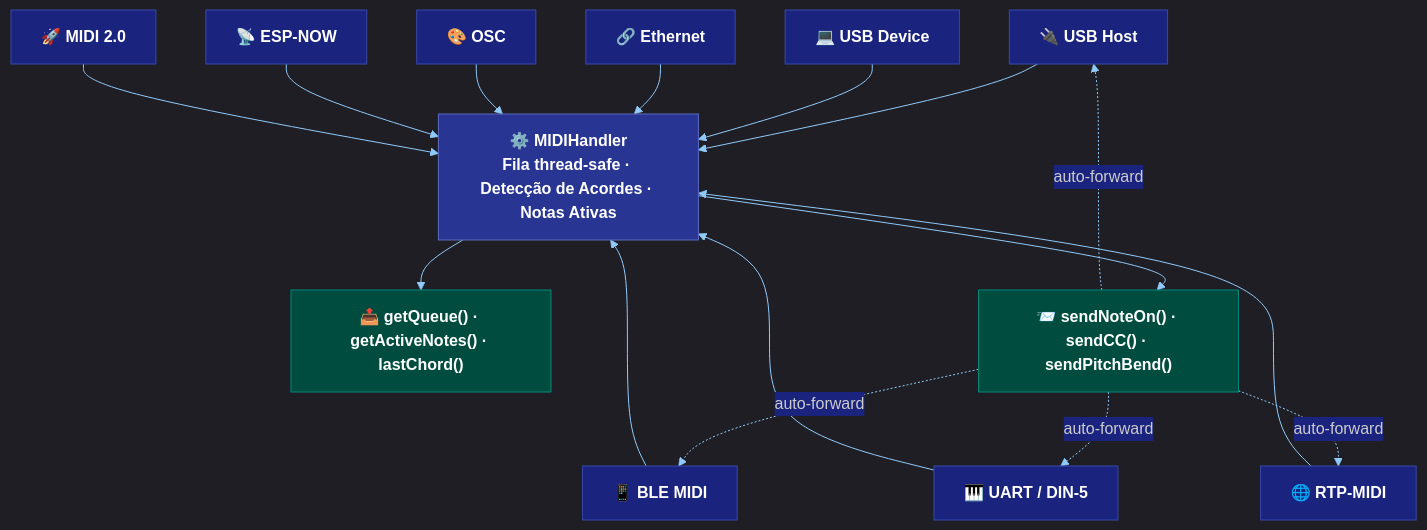
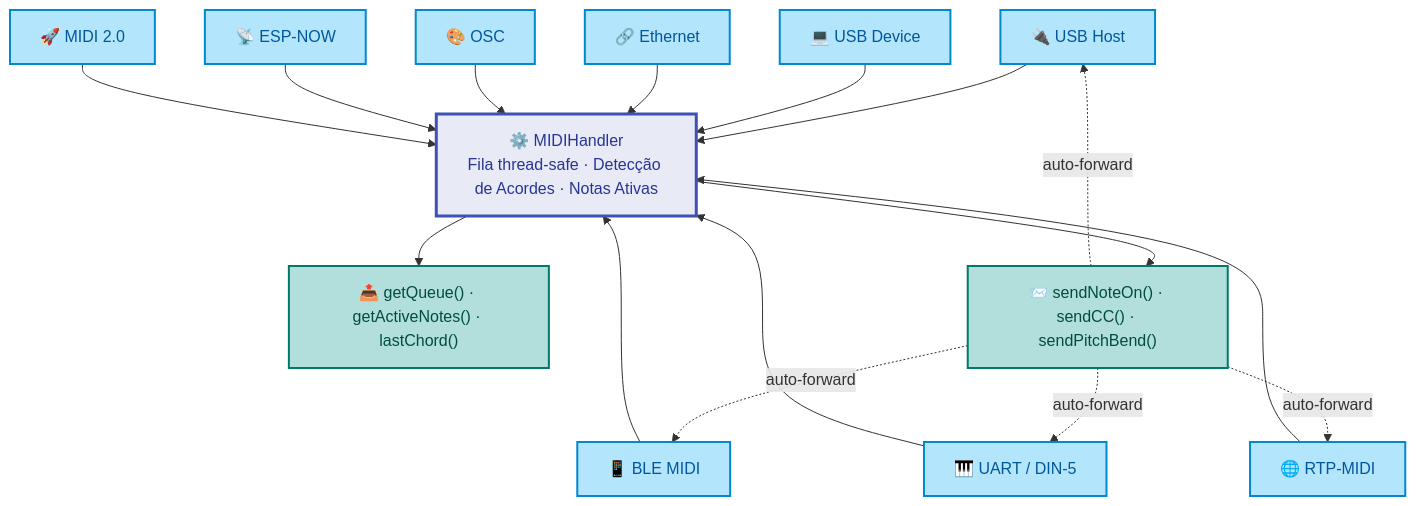
One commit to sauloverissimo/ESP32_Host_MIDI changed the diagram in docs/index.md. Above: the diagram before and after it, drawn with Mermaid. The commit also changed 2 other files, not shown here.

Commit message:
Fix Mermaid diagrams: light fills + dark text (same pattern as Gingo docs)
Dark fills with white text fail in MkDocs Material light mode.
Use light pastel fills (#B3E5FC blue, #E8EAF6 indigo, #B2DFDB teal,
#C8E6C9 green) with dark text (#01579B, #283593, #004D40, #1B5E20) —
readable in both light and dark page themes without CSS hacks.
Remove forced dark background from extra.css.

````diff
--- a/docs/index.md
+++ b/docs/index.md
@@ -11,30 +11,29 @@
 ```mermaid
-%%{init: {'theme': 'dark', 'themeVariables': {'primaryColor': '#1A237E', 'primaryTextColor': '#ffffff', 'primaryBorderColor': '#3949AB', 'lineColor': '#90CAF9', 'secondaryColor': '#3F51B5', 'tertiaryColor': '#006064', 'edgeLabelBackground': '#1A237E'}}}%%
 flowchart TD
-    classDef transport fill:#1A237E,color:#fff,stroke:#3949AB,font-weight:bold
-    classDef handler  fill:#283593,color:#fff,stroke:#5C6BC0,font-weight:bold
-    classDef output   fill:#004D40,color:#fff,stroke:#00897B,font-weight:bold
+    classDef transport fill:#B3E5FC,color:#01579B,stroke:#0288D1,stroke-width:2px
+    classDef handler   fill:#E8EAF6,color:#283593,stroke:#3F51B5,stroke-width:3px
+    classDef output    fill:#B2DFDB,color:#004D40,stroke:#00796B,stroke-width:2px
 
     USB["🔌 USB Host"]:::transport
     BLE["📱 BLE MIDI"]:::transport
     DEV["💻 USB Device"]:::transport
     UART["🎹 UART / DIN-5"]:::transport
     RTP["🌐 RTP-MIDI"]:::transport
     ETH["🔗 Ethernet"]:::transport
     OSC["🎨 OSC"]:::transport
     NOW["📡 ESP-NOW"]:::transport
     M2["🚀 MIDI 2.0"]:::transport
 
     HANDLER["⚙️ MIDIHandler\nFila thread-safe · Detecção de Acordes · Notas Ativas"]:::handler
 
     GET["📤 getQueue() · getActiveNotes() · lastChord()"]:::output
     SEND["📨 sendNoteOn() · sendCC() · sendPitchBend()"]:::output
 
     USB  & BLE  & DEV  --> HANDLER
     UART & RTP  & ETH  --> HANDLER
     OSC  & NOW  & M2   --> HANDLER
 
     HANDLER --> GET
     HANDLER --> SEND
     SEND -.->|auto-forward| USB & BLE & UART & RTP
 ```
````
